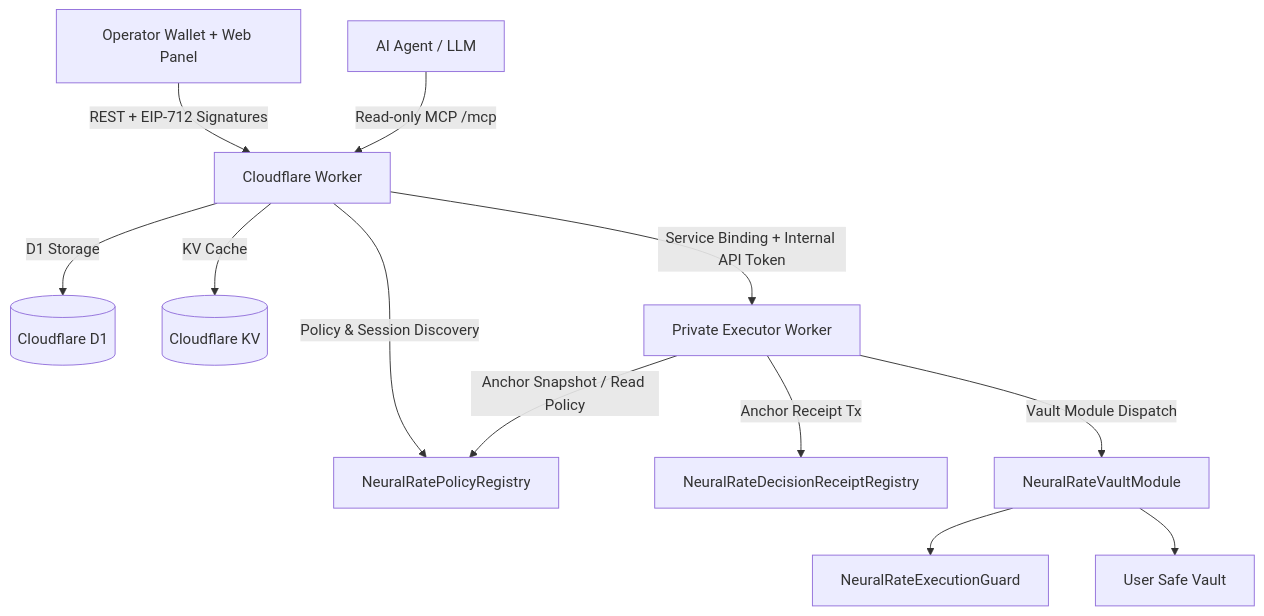
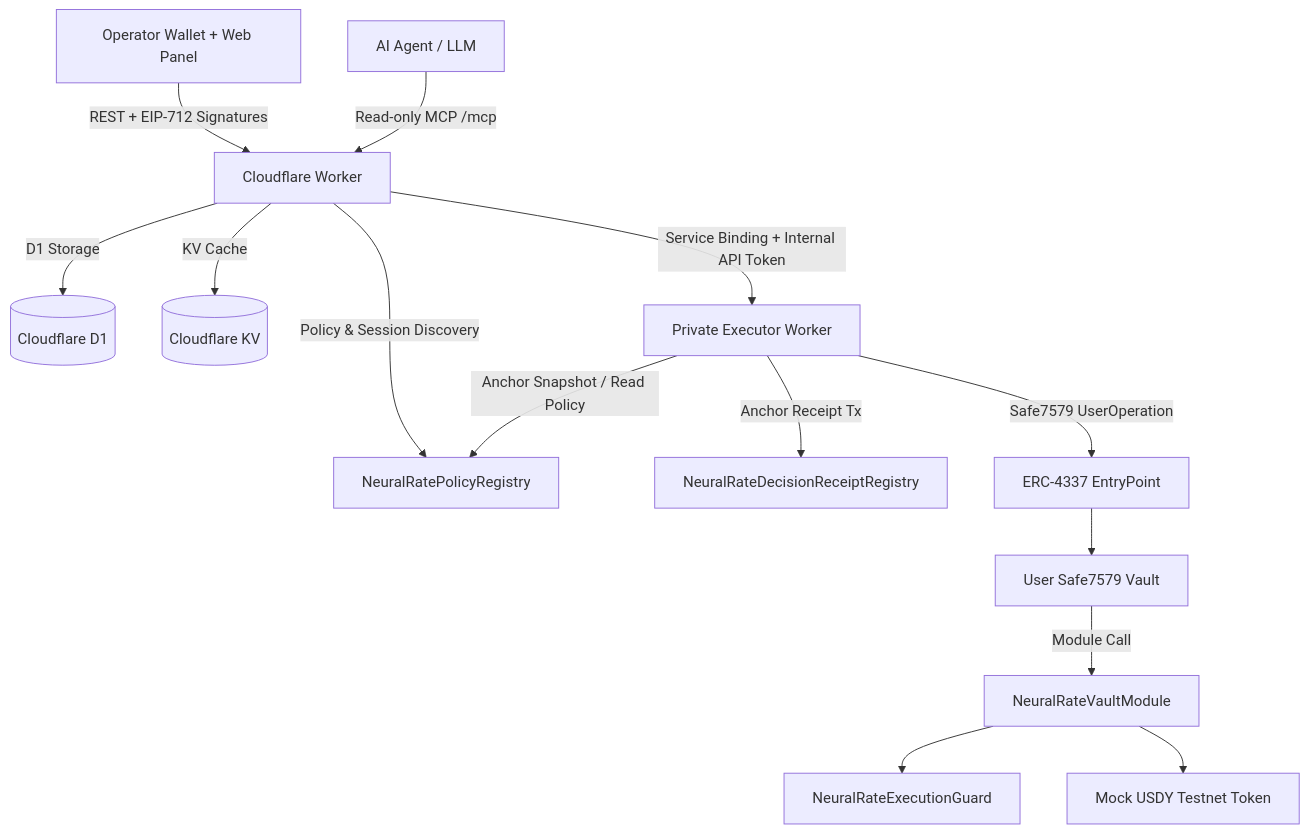
The diagram in README.md (Lipe-lx/NeuralRate-MCP), drawn with Mermaid before and after one commit. The commit also changed other lines of this file and 18 other files, not shown here.

````diff
--- a/README.md
+++ b/README.md
@@ -25,14 +26,16 @@
 ```mermaid
 graph TD
     User[Operator Wallet + Web Panel] -->|REST + EIP-712 Signatures| Worker[Cloudflare Worker]
     Agent[AI Agent / LLM] -->|Read-only MCP /mcp| Worker
     Worker -->|D1 Storage| D1[(Cloudflare D1)]
     Worker -->|KV Cache| KV[(Cloudflare KV)]
     Worker -->|Service Binding + Internal API Token| Executor[Private Executor Worker]
     Worker -->|Policy & Session Discovery| PolicyRegistry[NeuralRatePolicyRegistry]
     Executor -->|Anchor Snapshot / Read Policy| PolicyRegistry
     Executor -->|Anchor Receipt Tx| ReceiptRegistry[NeuralRateDecisionReceiptRegistry]
-    Executor -->|Vault Module Dispatch| VaultModule[NeuralRateVaultModule]
+    Executor -->|Safe7579 UserOperation| EntryPoint[ERC-4337 EntryPoint]
+    EntryPoint --> Safe[User Safe7579 Vault]
+    Safe -->|Module Call| VaultModule[NeuralRateVaultModule]
     VaultModule --> Guard[NeuralRateExecutionGuard]
-    VaultModule --> Safe[User Safe Vault]
+    VaultModule --> MockUSDY[Mock USDY Testnet Token]
 ```
````
